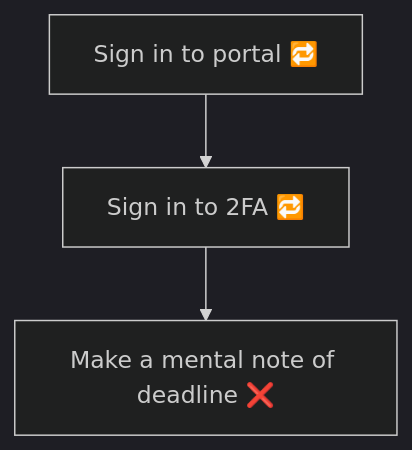
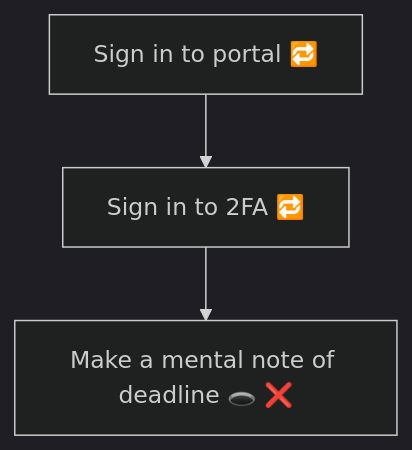
One commit to romnisortiz97/Meridian changed the first of 2 diagrams in README.md. Above: the diagram before and after it, drawn with Mermaid (dark theme). The commit also changed other lines of this file, not shown here.

Commit message:
Revise workflow map to enhance clarity
Updated the workflow map to clarify error-prone steps.

````diff
--- a/README.md
+++ b/README.md
@@ -47,4 +47,4 @@
 ```mermaid
 flowchart TD
-  A["Sign in to portal 🔁"] --> B["Sign in to 2FA 🔁"] --> C["Make a mental note of deadline ❌"]
+  A["Sign in to portal 🔁"] --> B["Sign in to 2FA 🔁"] --> C["Make a mental note of deadline 🕳️ ❌"]
 ```
````
